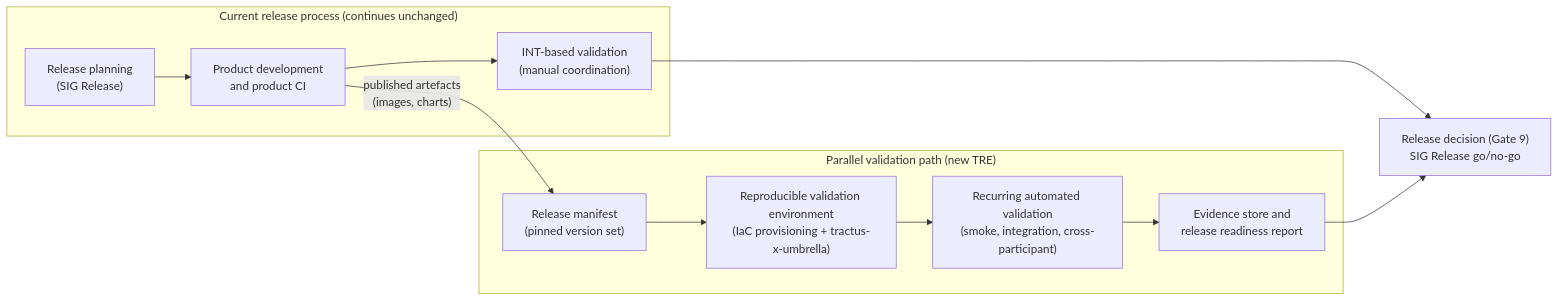
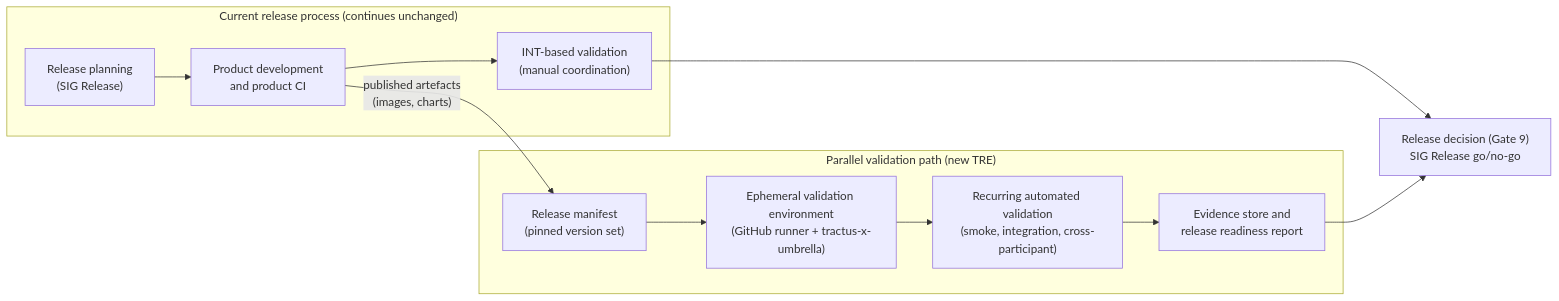
One commit to eclipse-tractusx/sig-release changed the fourth of 7 diagrams in docs/technical-release-engineering.md. Above: the diagram before and after it, drawn with Mermaid. The commit also changed other lines of this file, not shown here.

Commit message:
docs: add technical release engineering concept

````diff
--- a/docs/technical-release-engineering.md
+++ b/docs/technical-release-engineering.md
@@ -556,12 +568,12 @@
 ```mermaid
 flowchart LR
     subgraph sgCur["Current release process (continues unchanged)"]
         PLAN["Release planning<br/>(SIG Release)"] --> DEV["Product development<br/>and product CI"] --> INT["INT-based validation<br/>(manual coordination)"]
     end
     subgraph sgTre["Parallel validation path (new TRE)"]
-        RM["Release manifest<br/>(pinned version set)"] --> ENV["Reproducible validation environment<br/>(IaC provisioning + tractus-x-umbrella)"] --> RUN["Recurring automated validation<br/>(smoke, integration, cross-participant)"] --> EVID["Evidence store and<br/>release readiness report"]
+        RM["Release manifest<br/>(pinned version set)"] --> ENV["Ephemeral validation environment<br/>(GitHub runner + tractus-x-umbrella)"] --> RUN["Recurring automated validation<br/>(smoke, integration, cross-participant)"] --> EVID["Evidence store and<br/>release readiness report"]
     end
     DEV -->|"published artefacts<br/>(images, charts)"| RM
     INT --> DEC["Release decision (Gate 9)<br/>SIG Release go/no-go"]
     EVID --> DEC
 ```
````
